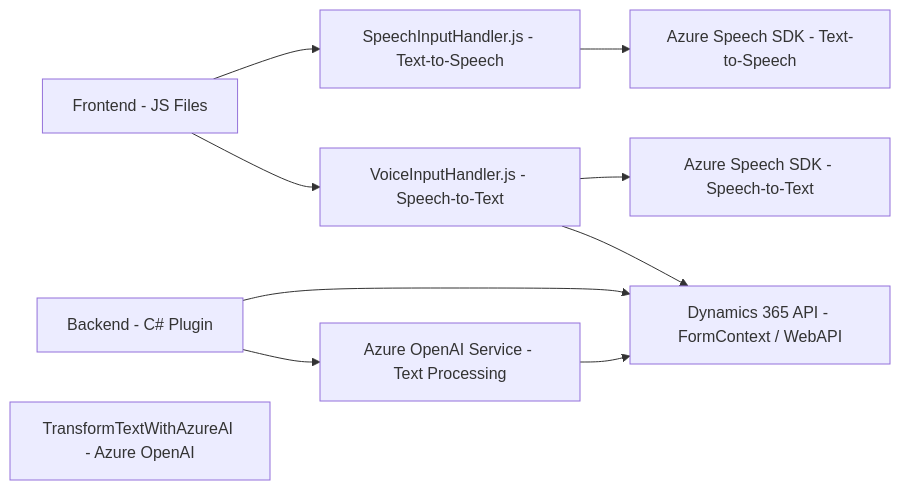
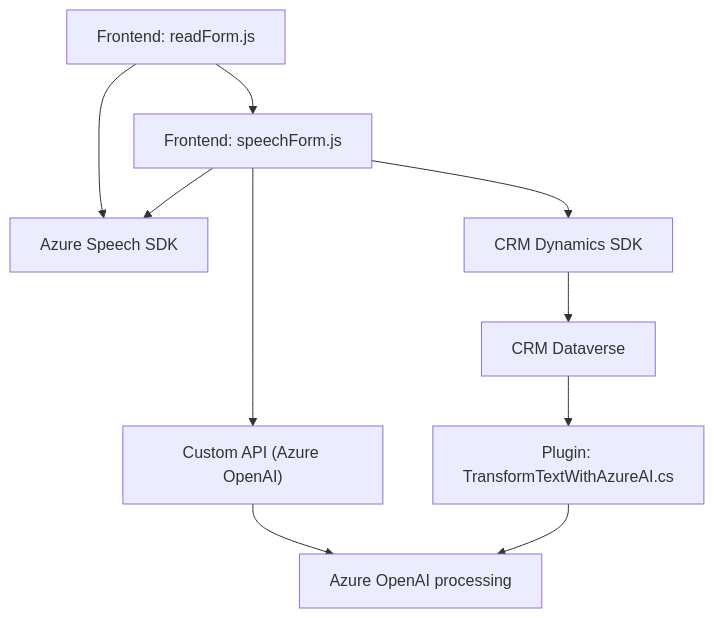
One commit to blopezdm/NETCORE_BILBAO2025 changed the diagram in README.md. Above: the diagram before and after it, drawn with Mermaid. The commit also changed other lines of this file, not shown here.

````diff
--- a/README.md
+++ b/README.md
@@ -42,21 +57,12 @@
 ```mermaid
-graph LR
-    A["Frontend - JS Files"]
-    B["SpeechInputHandler.js - Text-to-Speech"]
-    C["VoiceInputHandler.js - Speech-to-Text"]
-    D["Backend - C# Plugin"]
-    E["TransformTextWithAzureAI - Azure OpenAI"]
-    F["Azure Speech SDK - Text-to-Speech"]
-    G["Azure Speech SDK - Speech-to-Text"]
-    H["Dynamics 365 API - FormContext / WebAPI"]
-    I["Azure OpenAI Service - Text Processing"]
-
-    A --> B
-    A --> C
-    B --> F
-    C --> G
-    C --> H
-    D --> H
-    D --> I
-    I --> H
+graph TD
+    A["Frontend: readForm.js"] --> B["Azure Speech SDK"]
+    A --> C["Frontend: speechForm.js"]
+    C --> B
+    C --> D["Custom API (Azure OpenAI)"]
+    C --> E["CRM Dynamics SDK"]
+    D --> F["Azure OpenAI processing"]
+    E --> G["CRM Dataverse"]
+    G --> H["Plugin: TransformTextWithAzureAI.cs"]
+    H --> F
 ```
````
